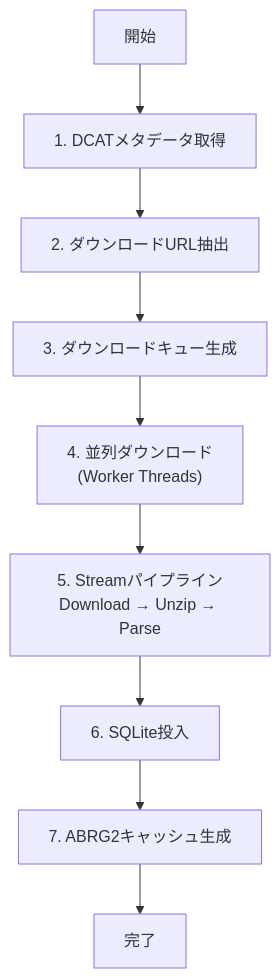
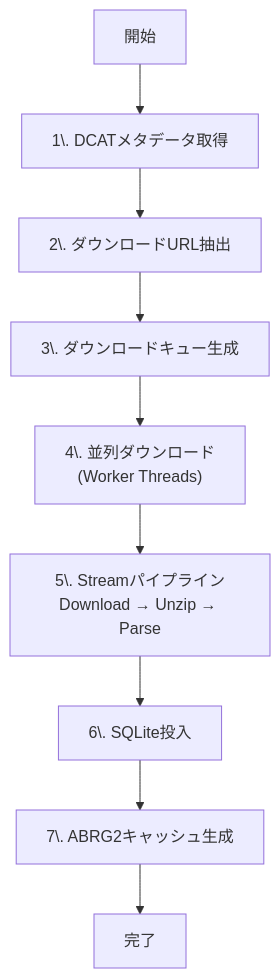
Before and after one commit to digital-go-jp/abr-geocoder: the first of 2 diagrams in docs/src/download-and-cache/overview.md, drawn with Mermaid. The commit also changed 95 other files, not shown here.

````diff
--- a/docs/src/download-and-cache/overview.md
+++ b/docs/src/download-and-cache/overview.md
@@ -7,11 +7,11 @@
 ```mermaid
 flowchart TD
-  START["開始"] --> DCAT["1. DCATメタデータ取得"]
-  DCAT --> EXTRACT["2. ダウンロードURL抽出"]
-  EXTRACT --> QUEUE["3. ダウンロードキュー生成"]
-  QUEUE --> PARALLEL["4. 並列ダウンロード<br/>(Worker Threads)"]
-  PARALLEL --> STREAM["5. Streamパイプライン<br/>Download → Unzip → Parse"]
-  STREAM --> DB["6. SQLite投入"]
-  DB --> CACHE["7. ABRG2キャッシュ生成"]
+  START["開始"] --> DCAT["1\. DCATメタデータ取得"]
+  DCAT --> EXTRACT["2\. ダウンロードURL抽出"]
+  EXTRACT --> QUEUE["3\. ダウンロードキュー生成"]
+  QUEUE --> PARALLEL["4\. 並列ダウンロード<br/>(Worker Threads)"]
+  PARALLEL --> STREAM["5\. Streamパイプライン<br/>Download → Unzip → Parse"]
+  STREAM --> DB["6\. SQLite投入"]
+  DB --> CACHE["7\. ABRG2キャッシュ生成"]
   CACHE --> END["完了"]
 ```
````
